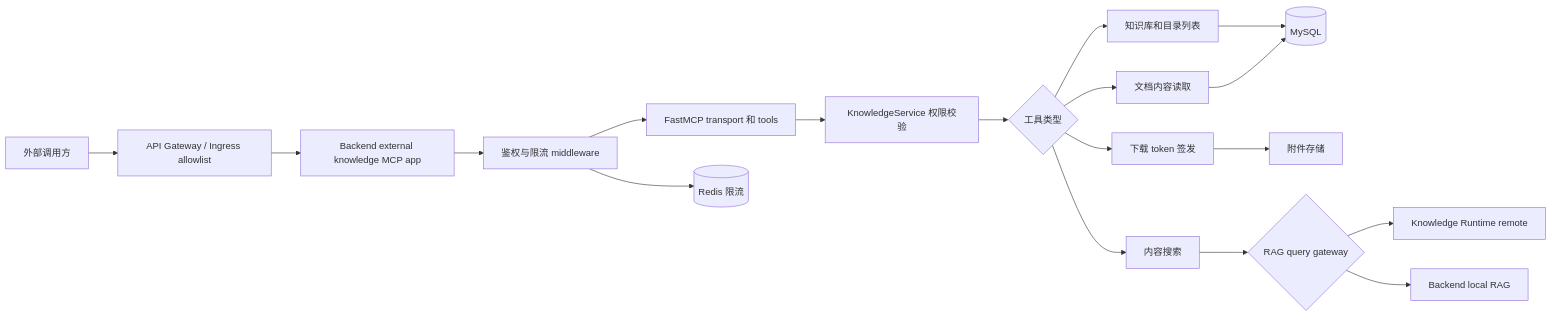
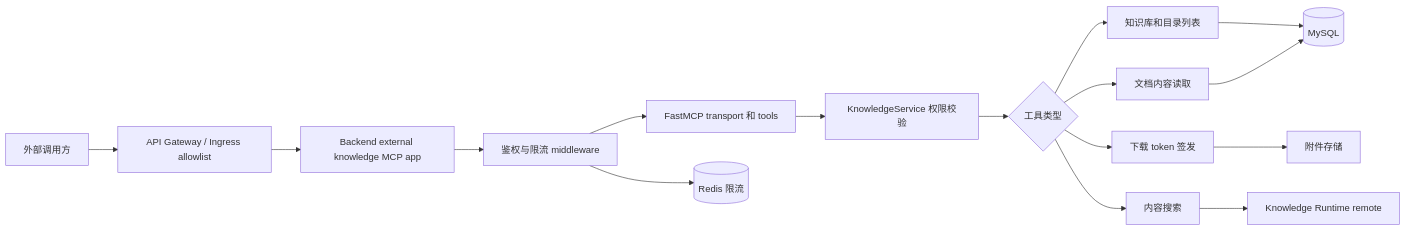
Before and after one commit to wecode-ai/Wegent: the first of 3 diagrams in docs/zh/wegent/developer-guide/external-knowledge-mcp.md, drawn with Mermaid. The commit also changed other lines of this file and 18 other files, not shown here.

First line of the commit message:
refactor(rag): require the knowledge runtime in deployment and docs

````diff
--- a/docs/zh/wegent/developer-guide/external-knowledge-mcp.md
+++ b/docs/zh/wegent/developer-guide/external-knowledge-mcp.md
@@ -34,20 +34,18 @@
 ```mermaid
 flowchart LR
     caller[外部调用方] --> gateway[API Gateway / Ingress allowlist]
     gateway --> app[Backend external knowledge MCP app]
     app --> middleware[鉴权与限流 middleware]
     middleware --> mcp[FastMCP transport 和 tools]
     mcp --> permission[KnowledgeService 权限校验]
     permission --> tools{工具类型}
     tools --> list[知识库和目录列表]
     tools --> content[文档内容读取]
     tools --> download[下载 token 签发]
     tools --> search[内容搜索]
     list --> mysql[(MySQL)]
     content --> mysql
     download --> storage[附件存储]
-    search --> rag{RAG query gateway}
-    rag --> remote[Knowledge Runtime remote]
-    rag --> local[Backend local RAG]
+    search --> remote[Knowledge Runtime remote]
     middleware --> redis[(Redis 限流)]
 ```
````
